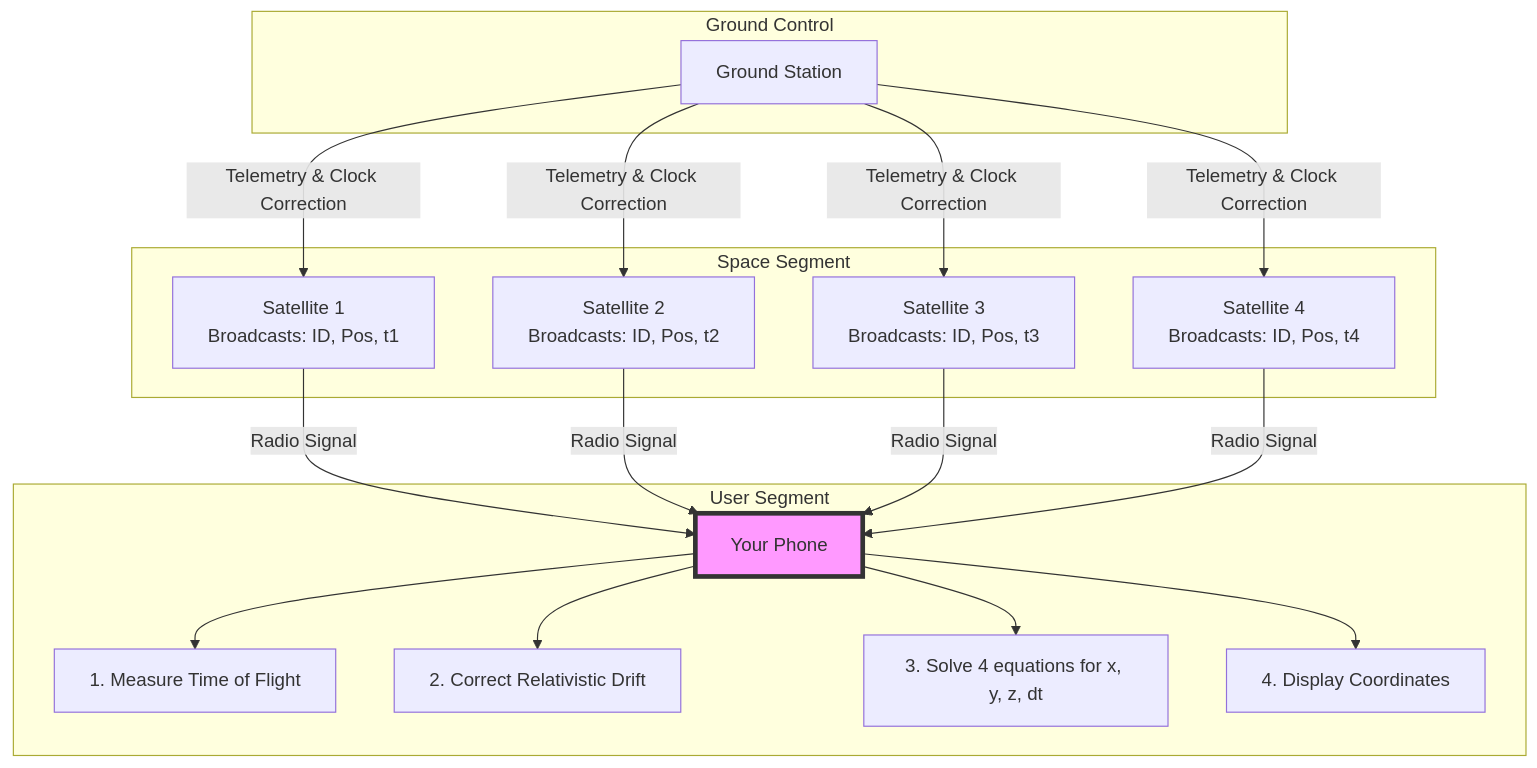
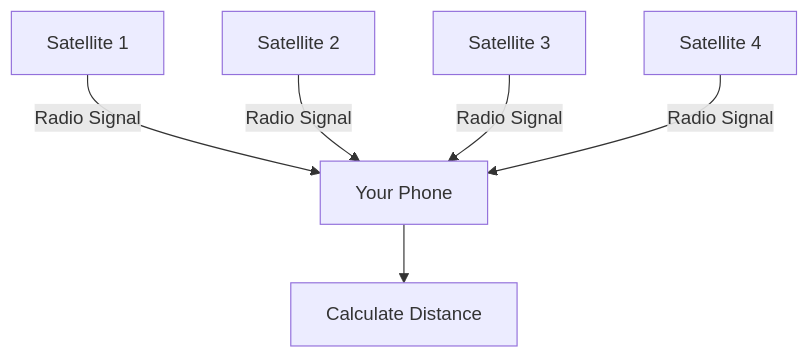
The first of 2 diagrams in Articles/21_How_GPS_Works.md (KiranTamboli/System_design), drawn with Mermaid before and after one commit.

Commit message:
docs: use simpler mermaid diagram for GPS article

````diff
--- a/Articles/21_How_GPS_Works.md
+++ b/Articles/21_How_GPS_Works.md
@@ -18,31 +18,9 @@
 ```mermaid
 graph TD
-    subgraph space_segment [Space Segment]
-        Sat1[Satellite 1<br/>Broadcasts: ID, Pos, t1] 
-        Sat2[Satellite 2<br/>Broadcasts: ID, Pos, t2] 
-        Sat3[Satellite 3<br/>Broadcasts: ID, Pos, t3] 
-        Sat4[Satellite 4<br/>Broadcasts: ID, Pos, t4] 
-    end
+    Sat1[Satellite 1] -->|Radio Signal| Phone[Your Phone]
+    Sat2[Satellite 2] -->|Radio Signal| Phone
+    Sat3[Satellite 3] -->|Radio Signal| Phone
+    Sat4[Satellite 4] -->|Radio Signal| Phone
     
-    subgraph ground_control [Ground Control]
-        Ground[Ground Station] -->|Telemetry & Clock Correction| Sat1
-        Ground -->|Telemetry & Clock Correction| Sat2
-        Ground -->|Telemetry & Clock Correction| Sat3
-        Ground -->|Telemetry & Clock Correction| Sat4
-    end
-
-    subgraph user_segment [User Segment]
-        Phone[Your Phone]
-        Sat1 -->|Radio Signal| Phone
-        Sat2 -->|Radio Signal| Phone
-        Sat3 -->|Radio Signal| Phone
-        Sat4 -->|Radio Signal| Phone
-        
-        Phone --> Calc[1. Measure Time of Flight]
-        Phone --> Rel[2. Correct Relativistic Drift]
-        Phone --> Tri[3. Solve 4 equations for x, y, z, dt]
-        Phone --> Map[4. Display Coordinates]
-    end
-
-    style Phone fill:#f9f,stroke:#333,stroke-width:4px
+    Phone --> Calc[Calculate Distance]
 ```
````
